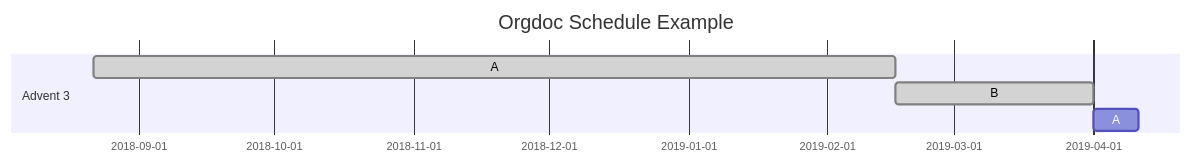
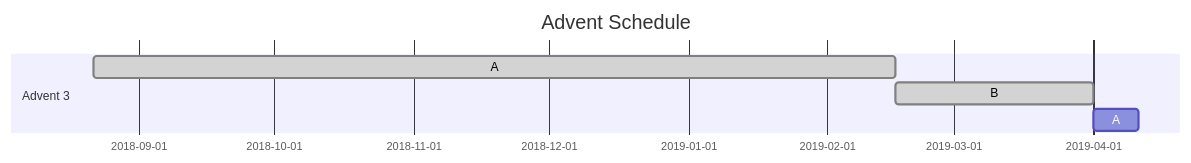
The second of 2 diagrams in README.md (VivaRado/Advent), drawn with Mermaid before and after one commit. The commit also changed 2 other files, not shown here.

Commit message:
ORGDOC Integration and Advent 4 Announcement

````diff
--- a/README.md
+++ b/README.md
@@ -696,9 +696,9 @@
 ```mermaid
 gantt
         dateFormat  YYYY-MM-DD
-        title Orgdoc Schedule Example
+        title Advent Schedule
         section Advent 3
         A:         done,des1, 2018-08-22,2019-02-16
         B:         done,des2, 2019-02-16, 2019-04-01
         A:         des3, after des2, 10d
 ```
````
